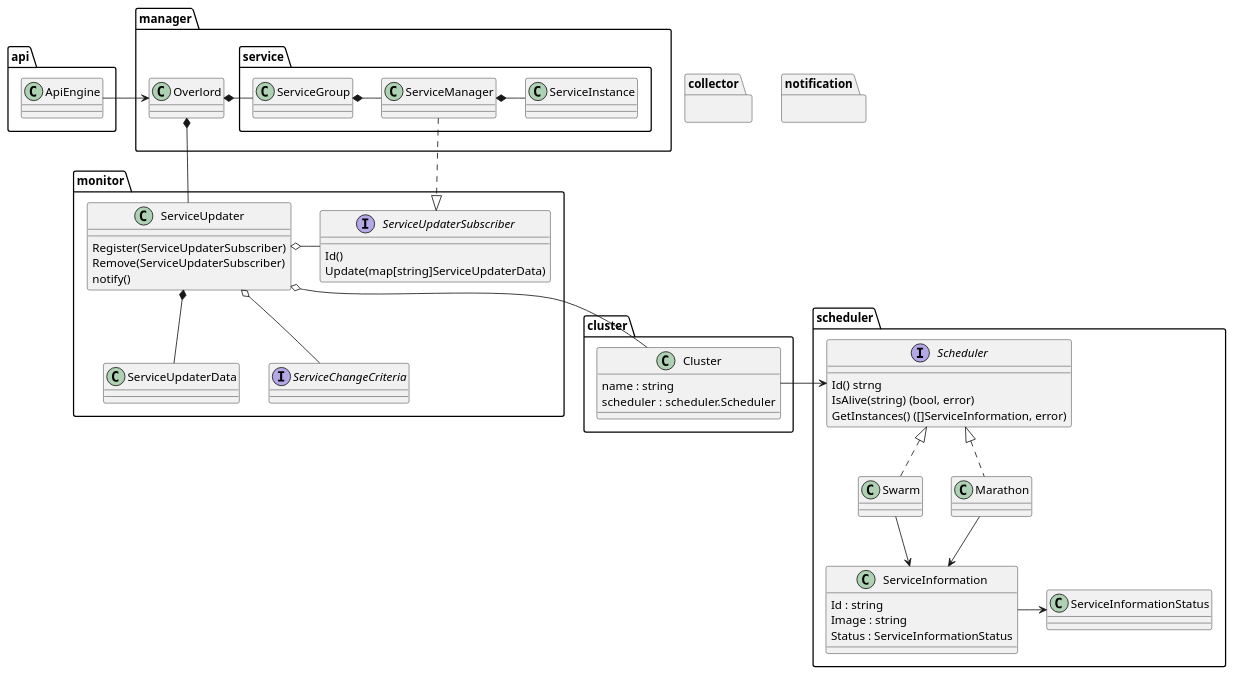
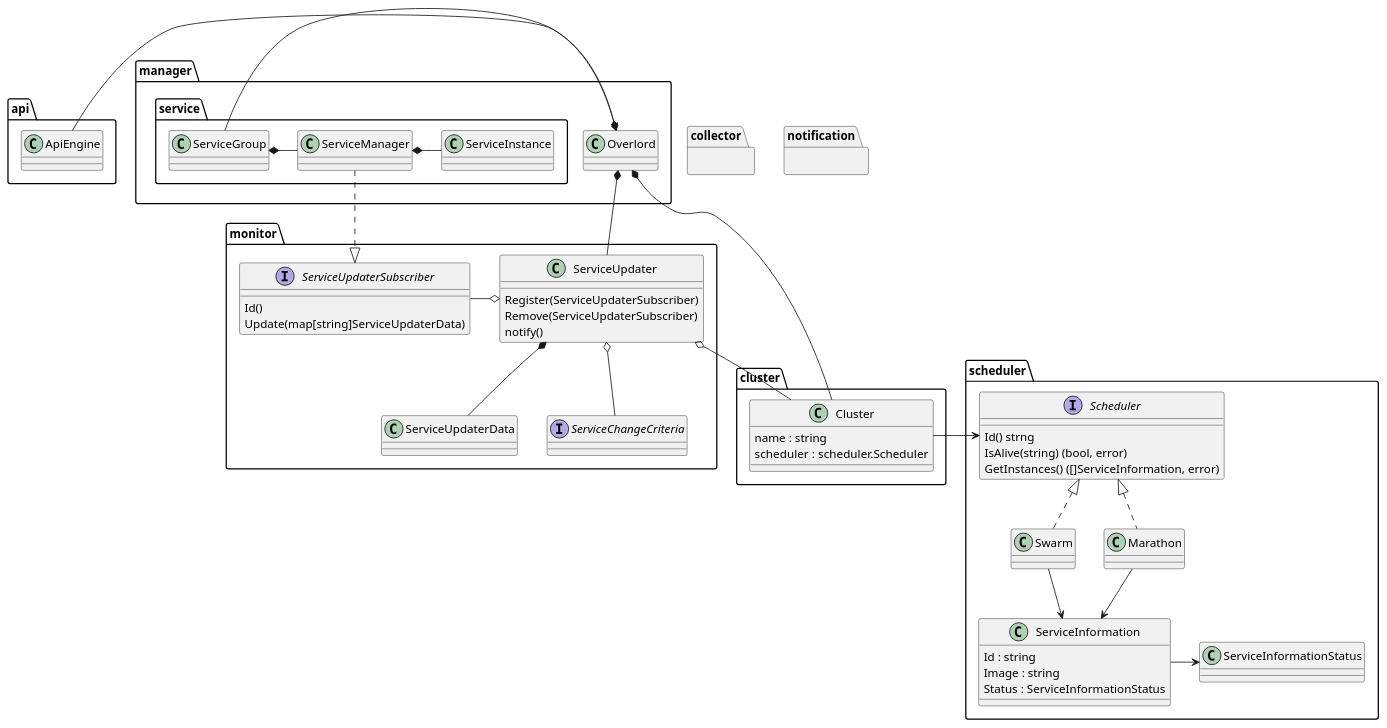
Before and after one commit to ch3lo/overlord: the diagram in arquitectura.puml, drawn with PlantUML. The commit also changed 4 other files, not shown here.

```diff
--- a/arquitectura.puml
+++ b/arquitectura.puml
@@ -1,85 +1,86 @@
 @startuml
 package manager {
     class Overlord
 
     package service {
         class ServiceGroup
         class ServiceManager
         class ServiceInstance
     }
 }
 
 package cluster {
     class Cluster {
         name : string
         scheduler : scheduler.Scheduler
     }
 }
 
 package monitor {
     class ServiceUpdater {
         Register(ServiceUpdaterSubscriber)
         Remove(ServiceUpdaterSubscriber)
         notify()
     }
     interface ServiceUpdaterSubscriber {
         Id()
         Update(map[string]ServiceUpdaterData)
     }
     class ServiceUpdaterData
     interface ServiceChangeCriteria
 }
 
 package collector {
 }
 
 package notification {
 }
 
 package api {
   class ApiEngine
 }
 
 package scheduler {
     interface Scheduler {
         Id() strng
         IsAlive(string) (bool, error)
         GetInstances() ([]ServiceInformation, error)
     }
 
     class ServiceInformation {
         Id : string
         Image : string
         Status : ServiceInformationStatus
     }
 
     class Swarm
     class Marathon
     class ServiceInformationStatus
 }
 
 
 ApiEngine -> Overlord
 
 ServiceGroup -* Overlord
 ServiceGroup *- ServiceManager
 ServiceManager *- ServiceInstance
 
 ServiceManager ..|> ServiceUpdaterSubscriber
 
 Overlord *- ServiceUpdater
+Overlord *- Cluster
 
 Swarm --> ServiceInformation
 Marathon --> ServiceInformation
 ServiceInformation -> ServiceInformationStatus
 
 Scheduler <|.. Swarm
 Scheduler <|.. Marathon
 
 Cluster -> Scheduler
 ServiceUpdater o-- Cluster
 
 ServiceUpdater o- ServiceUpdaterSubscriber
 ServiceUpdater *-- ServiceUpdaterData
 ServiceUpdater o-- ServiceChangeCriteria
 @enduml
```
